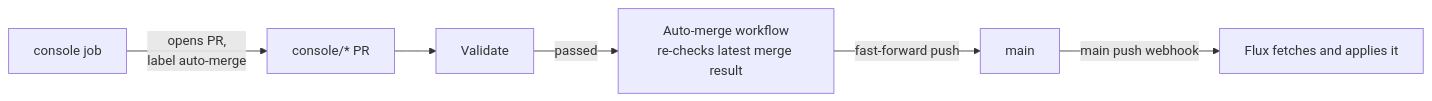
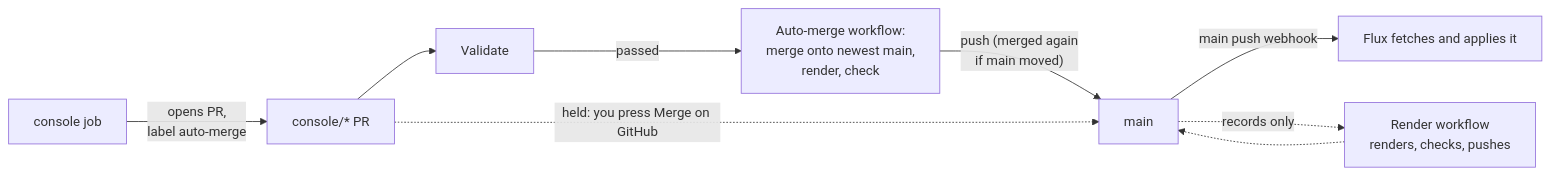
The diagram in docs/console.md (samclement/swhurl-platform), drawn with Mermaid before and after one commit. The commit also changed other lines of this file and 22 other files, not shown here.

Commit message:
console: records-only promotion PRs, one promotion rule, merge-render gate, Activity records hash (plan 24 B2)

````diff
--- a/docs/console.md
+++ b/docs/console.md
@@ -104,7 +105,9 @@
 ```mermaid
 flowchart LR
   console["console job"] -->|"opens PR,<br/>label auto-merge"| pr["console/* PR"]
   pr --> validate["Validate"]
-  validate -->|"passed"| wf["Auto-merge workflow<br/>re-checks latest merge result"]
-  wf -->|"fast-forward push"| main["main"] -->|"main push webhook"| flux["Flux fetches and applies it"]
+  validate -->|"passed"| wf["Auto-merge workflow:<br/>merge onto newest main,<br/>render, check"]
+  wf -->|"push (merged again<br/>if main moved)"| main["main"] -->|"main push webhook"| flux["Flux fetches and applies it"]
+  pr -.->|"held: you press Merge on GitHub"| main
+  main -.->|"records only"| render["Render workflow<br/>renders, checks, pushes"] -.-> main
 ```
````
